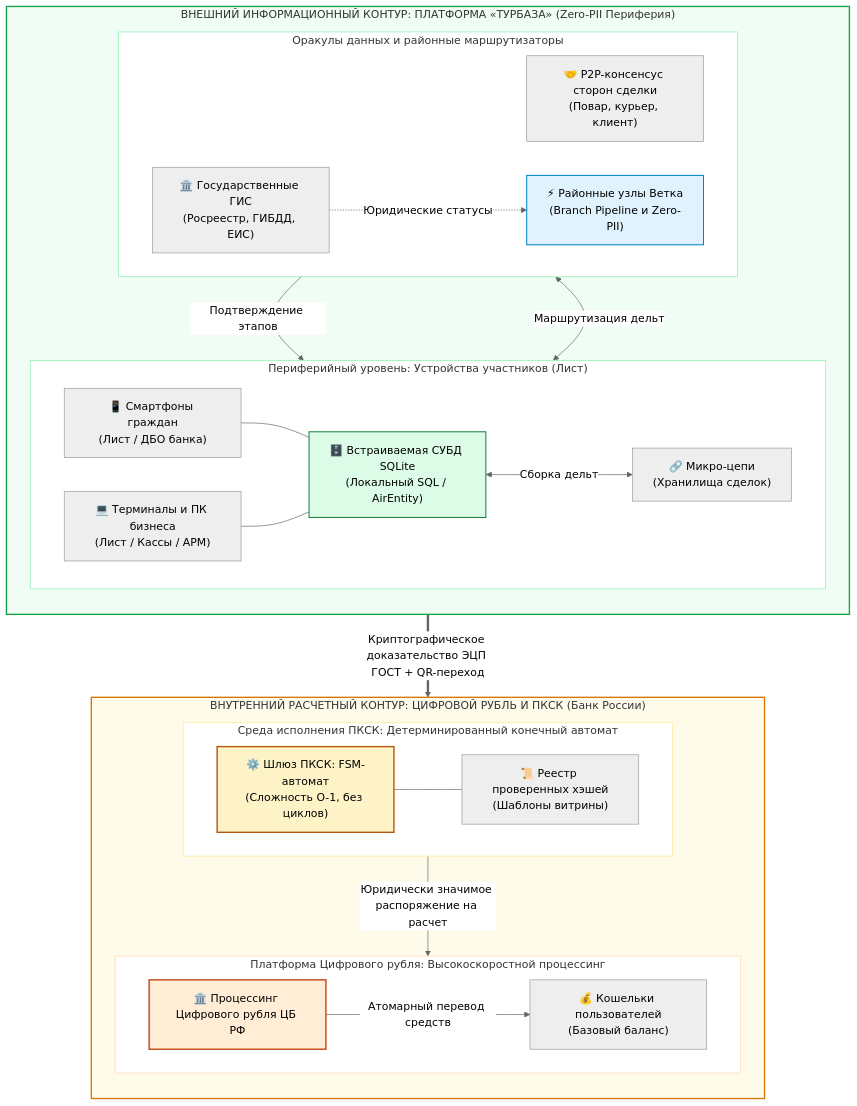
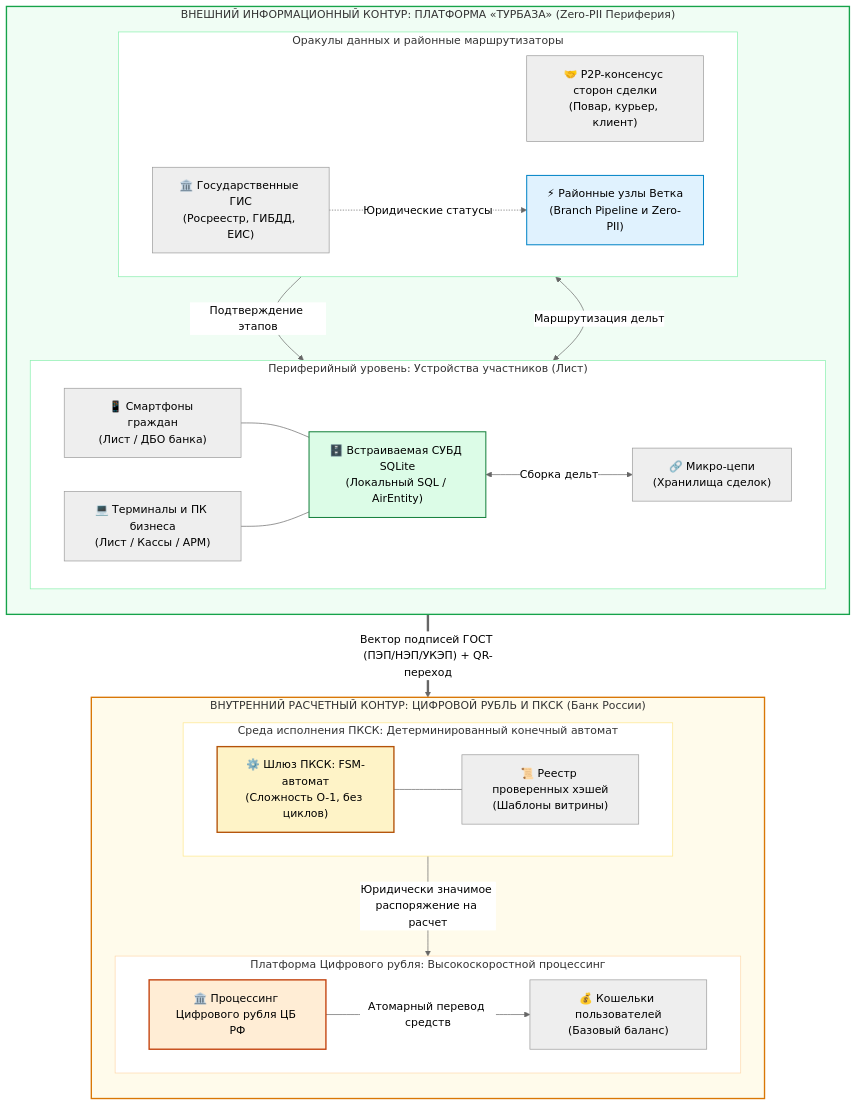
The second of 7 diagrams in shared_docs/whitepapers/06_cbr_smart_contracts_fsm_whitepaper.md (Data-Independence-Network/presentations), drawn with Mermaid (neutral theme) before and after one commit. The commit also changed other lines of this file, not shown here.

````diff
--- a/shared_docs/whitepapers/06_cbr_smart_contracts_fsm_whitepaper.md
+++ b/shared_docs/whitepapers/06_cbr_smart_contracts_fsm_whitepaper.md
@@ -110,62 +110,62 @@
 ```mermaid
 graph TD
     subgraph UpperLayer ["ВНЕШНИЙ ИНФОРМАЦИОННЫЙ КОНТУР: ПЛАТФОРМА «ТУРБАЗА» (Zero-PII Периферия)"]
         direction TB
         
         subgraph Row1 ["Периферийный уровень: Устройства участников (Лист)"]
             direction LR
             LeafCitizen["📱 Смартфоны граждан<br/>(Лист / ДБО банка)"]
             LeafBusiness["💻 Терминалы и ПК бизнеса<br/>(Лист / Кассы / АРМ)"]
             LocalDB["🗄️ Встраиваемая СУБД SQLite<br/>(Локальный SQL / AirEntity)"]
             MicroChains["🔗 Микро-цепи<br/>(Хранилища сделок)"]
             
             LeafCitizen --- LocalDB
             LeafBusiness --- LocalDB
             LocalDB <-->|Сборка дельт| MicroChains
         end
 
         subgraph Row2 ["Оракулы данных и районные маршрутизаторы"]
             direction LR
             P2POracles["🤝 P2P-консенсус сторон сделки<br/>(Повар, курьер, клиент)"]
             BranchNode["⚡ Районные узлы Ветка<br/>(Branch Pipeline и Zero-PII)"]
             StateGIS["🏛️ Государственные ГИС<br/>(Росреестр, ГИБДД, ЕИС)"]
             
             P2POracles -->|Подтверждение этапов| MicroChains
             BranchNode <-->|Маршрутизация дельт| MicroChains
             StateGIS -.->|Юридические статусы| BranchNode
         end
     end
 
     subgraph LowerLayer ["ВНУТРЕННИЙ РАСЧЕТНЫЙ КОНТУР: ЦИФРОВОЙ РУБЛЬ И ПКСК (Банк России)"]
         direction TB
         
         subgraph FSMBlock ["Среда исполнения ПКСК: Детерминированный конечный автомат"]
             direction LR
             FSMGateway["⚙️ Шлюз ПКСК: FSM-автомат<br/>(Сложность O-1, без циклов)"]
             FSMTemplates["📜 Реестр проверенных хэшей<br/>(Шаблоны витрины)"]
             FSMGateway --- FSMTemplates
         end
         
         subgraph SettlementBlock ["Платформа Цифрового рубля: Высокоскоростной процессинг"]
             direction LR
             CBRCore["🏛️ Процессинг Цифрового рубля ЦБ РФ"]
             Wallets["💰 Кошельки пользователей<br/>(Базовый баланс)"]
             CBRCore -->|Атомарный перевод средств| Wallets
         end
         
         FSMGateway -->|Юридически значимое распоряжение на расчет| CBRCore
     end
 
-    MicroChains ==>|"Криптографическое доказательство ЭЦП ГОСТ + QR-переход"| FSMGateway
+    MicroChains ==>|"Вектор подписей ГОСТ (ПЭП/НЭП/УКЭП) + QR-переход"| FSMGateway
 
     style UpperLayer fill:#f0fdf4,stroke:#16a34a,stroke-width:2px
     style LowerLayer fill:#fffbeb,stroke:#d97706,stroke-width:2px
     style Row1 fill:#ffffff,stroke:#86efac,stroke-width:1px
     style Row2 fill:#ffffff,stroke:#86efac,stroke-width:1px
     style FSMBlock fill:#ffffff,stroke:#fde68a,stroke-width:1px
     style SettlementBlock fill:#ffffff,stroke:#fed7aa,stroke-width:1px
     style FSMGateway fill:#fef3c7,stroke:#b45309,stroke-width:2px
     style CBRCore fill:#ffedd5,stroke:#c2410c,stroke-width:2px
     style LocalDB fill:#dcfce7,stroke:#15803d,stroke-width:1.5px
     style BranchNode fill:#e0f2fe,stroke:#0284c7,stroke-width:1.5px
 ```
````
